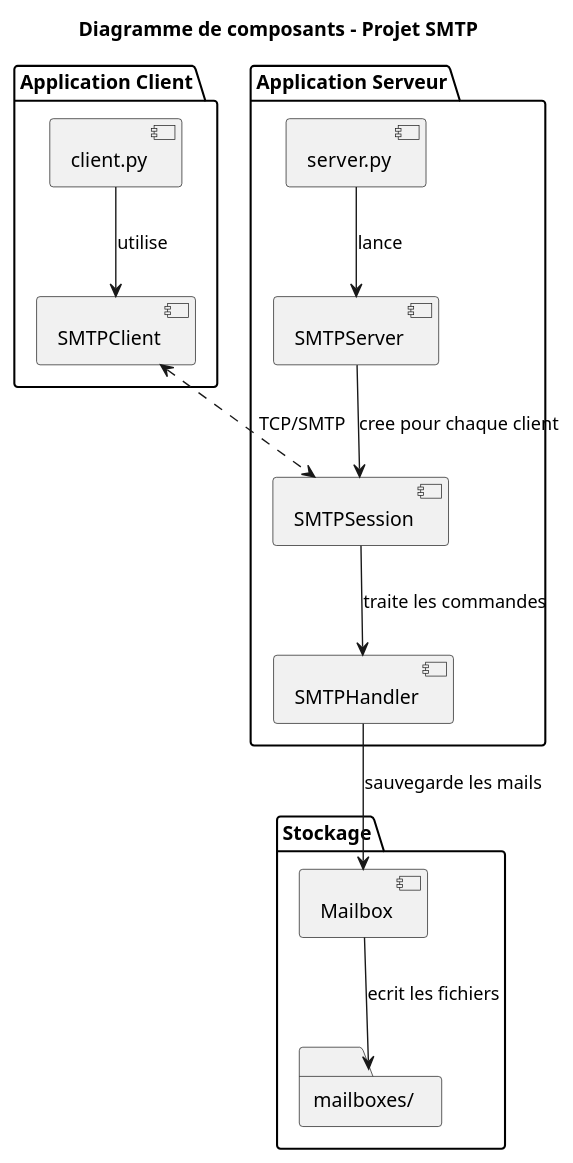
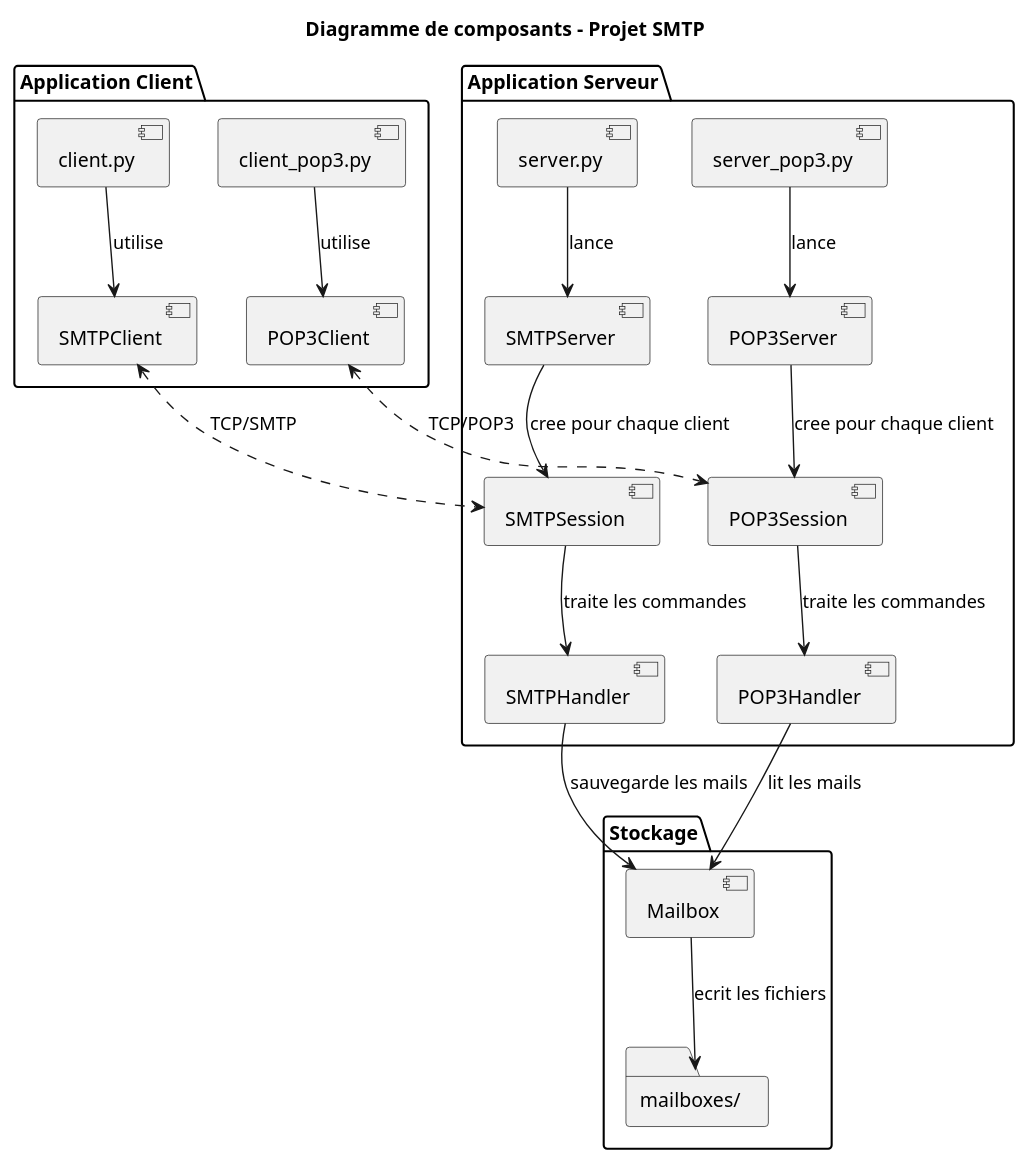
Before and after one commit to PouletTendre/projet-smtp: the diagram in PlantUML/composants.puml, drawn with PlantUML. The commit also changed 13 other files, not shown here.

Commit message:
nouveau UML

```diff
--- a/PlantUML/composants.puml
+++ b/PlantUML/composants.puml
@@ -1,32 +1,47 @@
 @startuml composants
 
 title Diagramme de composants - Projet SMTP
 
 package "Application Client" {
     [client.py] as client_main
     [SMTPClient] as smtp_client
+    [client_pop3.py] as client_pop3_main
+    [POP3Client] as pop3_client
 }
 
 package "Application Serveur" {
     [server.py] as server_main
     [SMTPServer] as smtp_server
     [SMTPSession] as smtp_session
     [SMTPHandler] as smtp_handler
+    [server_pop3.py] as server_pop3_main
+    [POP3Server] as pop3_server
+    [POP3Session] as pop3_session
+    [POP3Handler] as pop3_handler
 }
 
 package "Stockage" {
     [Mailbox] as mailbox
     folder "mailboxes/" as mailboxes_folder
 }
 
 client_main --> smtp_client : utilise
 server_main --> smtp_server : lance
 
+client_pop3_main --> pop3_client : utilise
+server_pop3_main --> pop3_server : lance
+
 smtp_server --> smtp_session : cree pour chaque client
 smtp_session --> smtp_handler : traite les commandes
 smtp_handler --> mailbox : sauvegarde les mails
 mailbox --> mailboxes_folder : ecrit les fichiers
 
+pop3_server --> pop3_session : cree pour chaque client
+pop3_session --> pop3_handler : traite les commandes
+pop3_handler --> mailbox : lit les mails
+
 smtp_client <..> smtp_session : TCP/SMTP
 
+pop3_client <..> pop3_session : TCP/POP3
+
 @enduml
```
